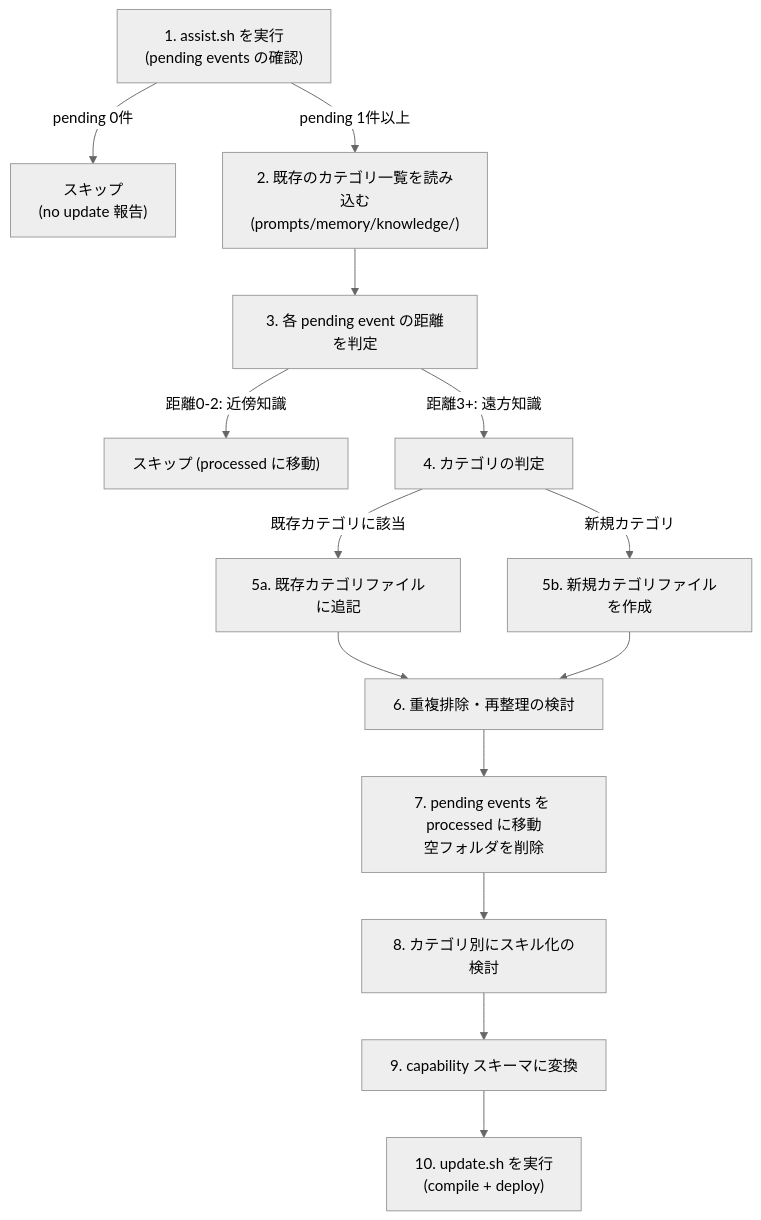
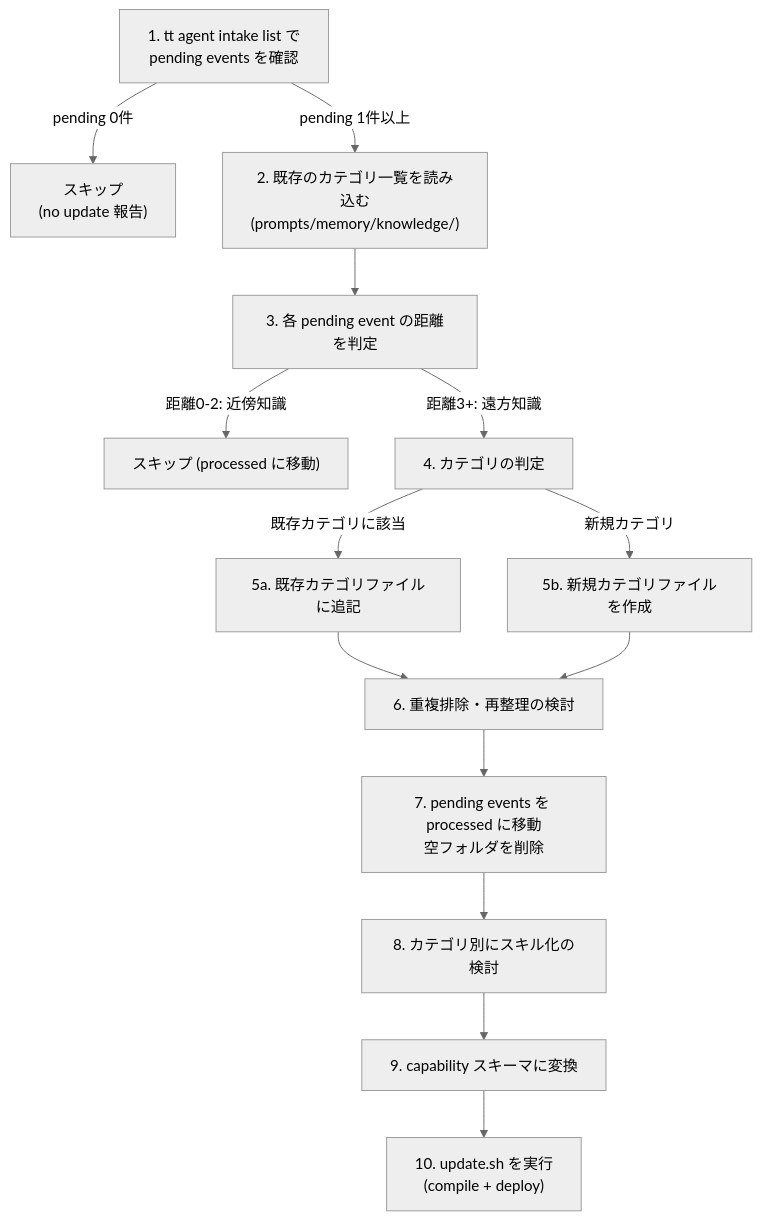
One commit to axsh/tokotachi changed the diagram in prompts/phases/000-foundation/branches/fix-memory-compiling/ideas/005-Far-Knowledge-Skillification.md. Above: the diagram before and after it, drawn with Mermaid (neutral theme). The commit also changed other lines of this file, not shown here.

Commit message:
docs: revise 005 per review - deprecate tt agent task, add tt agent intake processed

````diff
--- a/prompts/phases/000-foundation/branches/fix-memory-compiling/ideas/005-Far-Knowledge-Skillification.md
+++ b/prompts/phases/000-foundation/branches/fix-memory-compiling/ideas/005-Far-Knowledge-Skillification.md
@@ -111,16 +111,16 @@
 ```mermaid
 flowchart TD
-    A["1. assist.sh を実行\n(pending events の確認)"] -->|"pending 0件"| B["スキップ\n(no update 報告)"]
+    A["1. tt agent intake list で\npending events を確認"] -->|"pending 0件"| B["スキップ\n(no update 報告)"]
     A -->|"pending 1件以上"| C["2. 既存のカテゴリ一覧を読み込む\n(prompts/memory/knowledge/)"]
     C --> D["3. 各 pending event の距離を判定"]
     D -->|"距離0-2: 近傍知識"| E["スキップ (processed に移動)"]
     D -->|"距離3+: 遠方知識"| F["4. カテゴリの判定"]
     F -->|"既存カテゴリに該当"| G["5a. 既存カテゴリファイルに追記"]
     F -->|"新規カテゴリ"| H["5b. 新規カテゴリファイルを作成"]
     G --> I["6. 重複排除・再整理の検討"]
     H --> I
     I --> J["7. pending events を processed に移動\n空フォルダを削除"]
     J --> K["8. カテゴリ別にスキル化の検討"]
     K --> L["9. capability スキーマに変換"]
     L --> M["10. update.sh を実行\n(compile + deploy)"]
 ```
````
